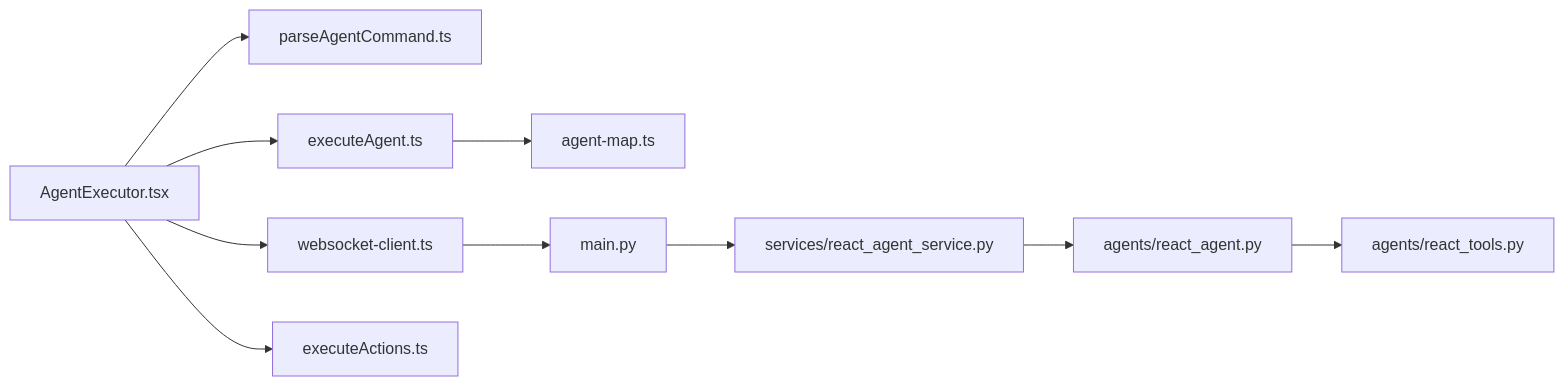
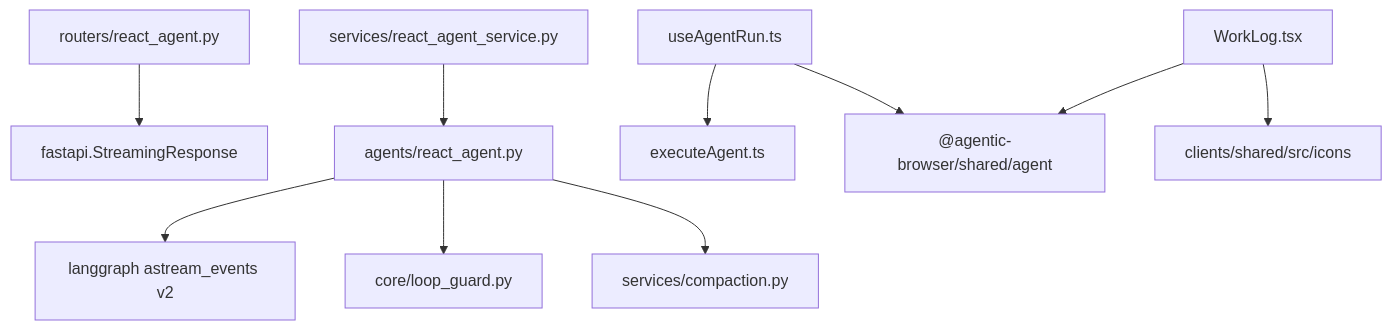
The sixth of 6 diagrams in src/data/docs/agentic-browser/Browser Extension/Agent Execution Engine.md (tashifkhan/tashif.codes), drawn with Mermaid before and after one commit. The commit also changed other lines of this file and 114 other files, not shown here.

Commit message:
docs(agentic-browser): update docs in place and expand coverage

````diff
--- a/src/data/docs/agentic-browser/Browser Extension/Agent Execution Engine.md
+++ b/src/data/docs/agentic-browser/Browser Extension/Agent Execution Engine.md
@@ -270,12 +180,12 @@
 ```mermaid
-graph LR
-UI["AgentExecutor.tsx"] --> Parser["parseAgentCommand.ts"]
-UI --> Exec["executeAgent.ts"]
-UI --> WS["websocket-client.ts"]
-UI --> Actions["executeActions.ts"]
-Exec --> Map["agent-map.ts"]
-WS --> API["main.py"]
-API --> Svc["services/react_agent_service.py"]
-Svc --> Graph["agents/react_agent.py"]
-Graph --> Tools["agents/react_tools.py"]
+graph TB
+  Route["routers/react_agent.py"] --> FastAPI["fastapi.StreamingResponse"]
+  Service["services/react_agent_service.py"] --> Agent["agents/react_agent.py"]
+  Agent --> LG["langgraph astream_events v2"]
+  Agent --> Guard["core/loop_guard.py"]
+  Agent --> Comp["services/compaction.py"]
+  Hook["useAgentRun.ts"] --> Exec["executeAgent.ts"]
+  Hook --> Shared["@agentic-browser/shared/agent"]
+  Log["WorkLog.tsx"] --> Shared
+  Log --> Icons["clients/shared/src/icons"]
 ```
````
